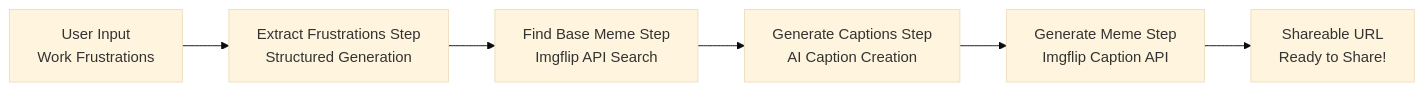
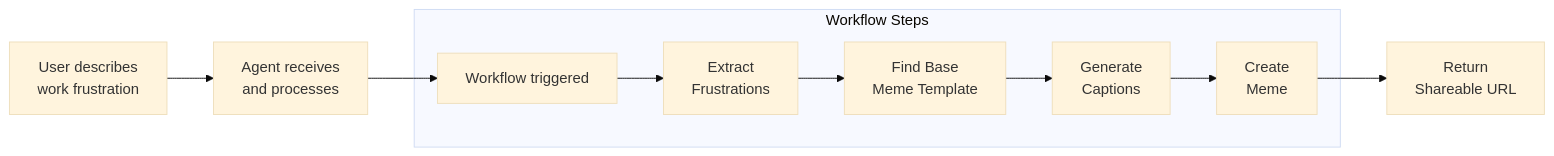
One commit to wahyudesu/mastra-agents-meme-generator changed the second of 3 diagrams in README.md. Above: the diagram before and after it, drawn with Mermaid (base theme). The commit also changed other lines of this file, not shown here.

````diff
--- a/README.md
+++ b/README.md
@@ -21,8 +54,14 @@
 ```mermaid
 graph LR
-    A[User Input<br/>Work Frustrations] --> B[Extract Frustrations Step<br/>Structured Generation]
-    B --> C[Find Base Meme Step<br/>Imgflip API Search]
-    C --> D[Generate Captions Step<br/>AI Caption Creation]
-    D --> E[Generate Meme Step<br/>Imgflip Caption API]
-    E --> F[Shareable URL<br/>Ready to Share!]
+    A[User describes<br/>work frustration] --> B[Agent receives<br/>and processes]
+    B --> C[Workflow triggered]
+    
+    subgraph "Workflow Steps"
+        C --> D[Extract<br/>Frustrations]
+        D --> E[Find Base<br/>Meme Template]
+        E --> F[Generate<br/>Captions]
+        F --> G[Create<br/>Meme]
+    end
+    
+    G --> H[Return<br/>Shareable URL]
 ```
````
